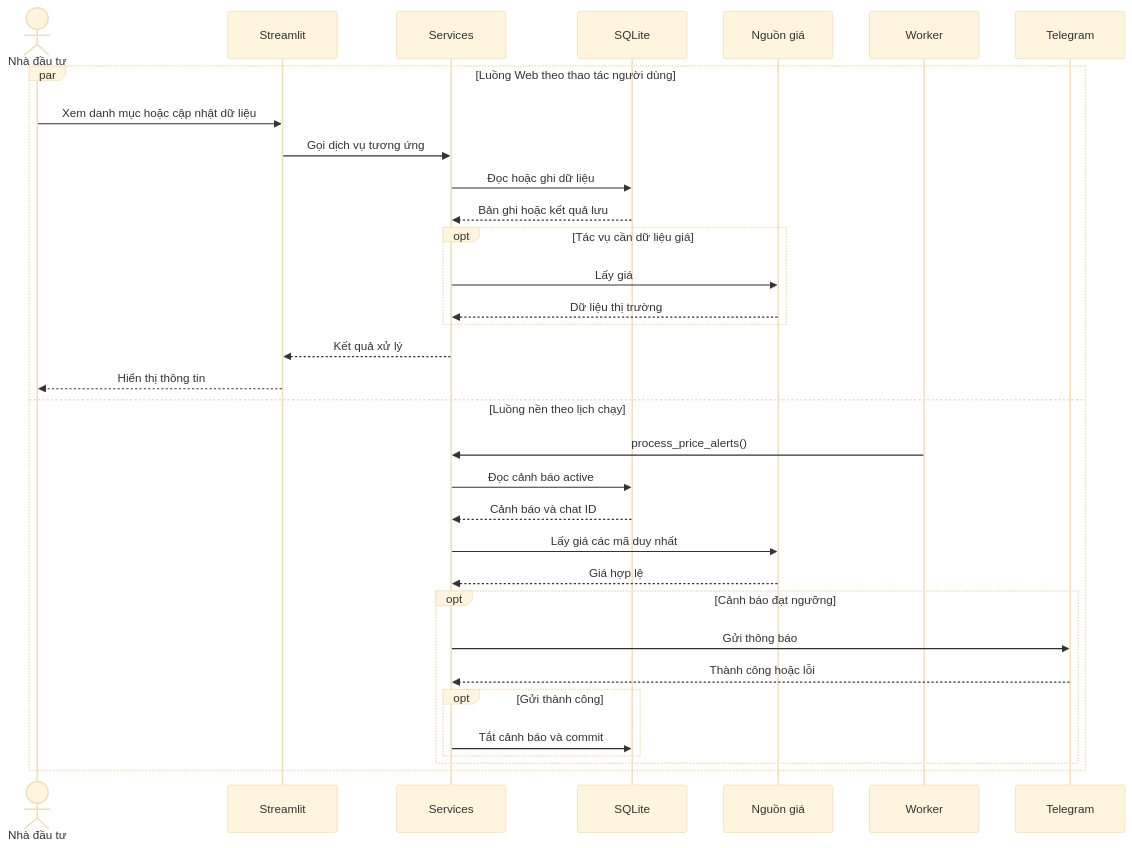
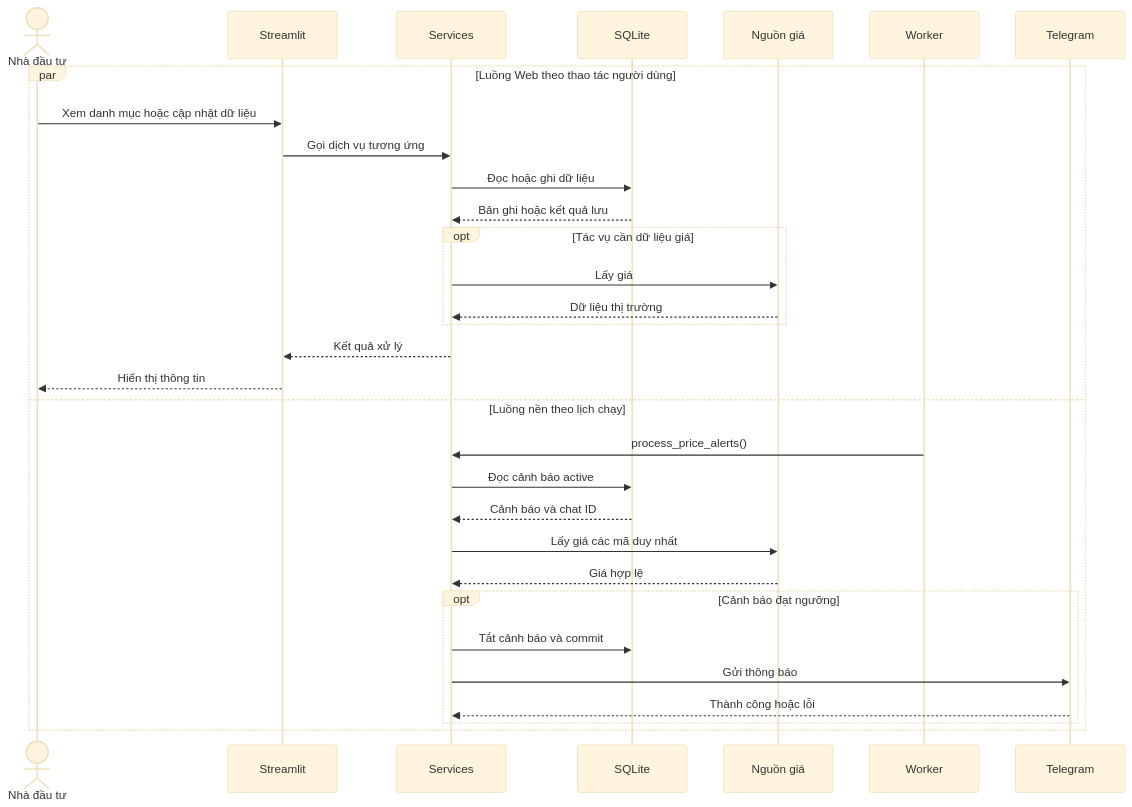
The third of 7 diagrams in report-theo-doi-chung-khoan/3.phan_tich_thiet_ke.md (hoacangio/python-programming-excercises), drawn with Mermaid (base theme) before and after one commit. The commit also changed other lines of this file and 15 other files, not shown here.

````diff
--- a/report-theo-doi-chung-khoan/3.phan_tich_thiet_ke.md
+++ b/report-theo-doi-chung-khoan/3.phan_tich_thiet_ke.md
@@ -160,35 +157,33 @@
 ```mermaid
 sequenceDiagram
     actor U as Nhà đầu tư
     participant UI as Streamlit
     participant S as Services
     participant DB as SQLite
     participant Y as Nguồn giá
     participant W as Worker
     participant T as Telegram
     par Luồng Web theo thao tác người dùng
         U->>UI: Xem danh mục hoặc cập nhật dữ liệu
         UI->>S: Gọi dịch vụ tương ứng
         S->>DB: Đọc hoặc ghi dữ liệu
         DB-->>S: Bản ghi hoặc kết quả lưu
         opt Tác vụ cần dữ liệu giá
             S->>Y: Lấy giá
             Y-->>S: Dữ liệu thị trường
         end
         S-->>UI: Kết quả xử lý
         UI-->>U: Hiển thị thông tin
     and Luồng nền theo lịch chạy
         W->>S: process_price_alerts()
         S->>DB: Đọc cảnh báo active
         DB-->>S: Cảnh báo và chat ID
         S->>Y: Lấy giá các mã duy nhất
         Y-->>S: Giá hợp lệ
         opt Cảnh báo đạt ngưỡng
+            S->>DB: Tắt cảnh báo và commit
             S->>T: Gửi thông báo
             T-->>S: Thành công hoặc lỗi
-            opt Gửi thành công
-                S->>DB: Tắt cảnh báo và commit
-            end
         end
     end
 ```
````
